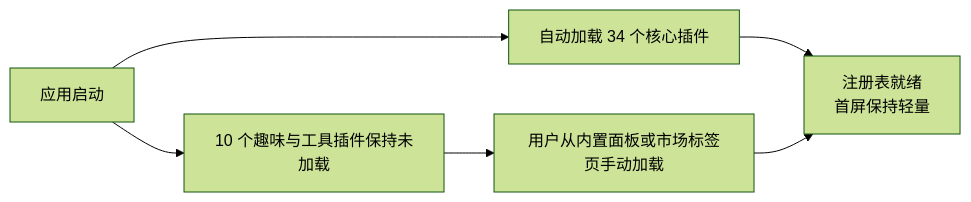
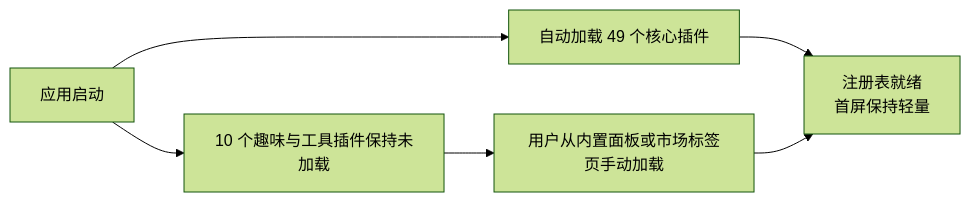
The second of 4 diagrams in docs/technical/03-插件系统.md (SnowLeopard-io/ErgalicsStudio), drawn with Mermaid (forest theme) before and after one commit. The commit also changed other lines of this file and 23 other files, not shown here.

````diff
--- a/docs/technical/03-插件系统.md
+++ b/docs/technical/03-插件系统.md
@@ -137,8 +153,8 @@
 ```mermaid
 flowchart LR
-    A["应用启动"] --> B["自动加载 34 个核心插件"]
+    A["应用启动"] --> B["自动加载 49 个核心插件"]
     A --> C["10 个趣味与工具插件保持未加载"]
     C --> D["用户从内置面板或市场标签页手动加载"]
     B --> E["注册表就绪<br/>首屏保持轻量"]
     D --> E
 ```
````
